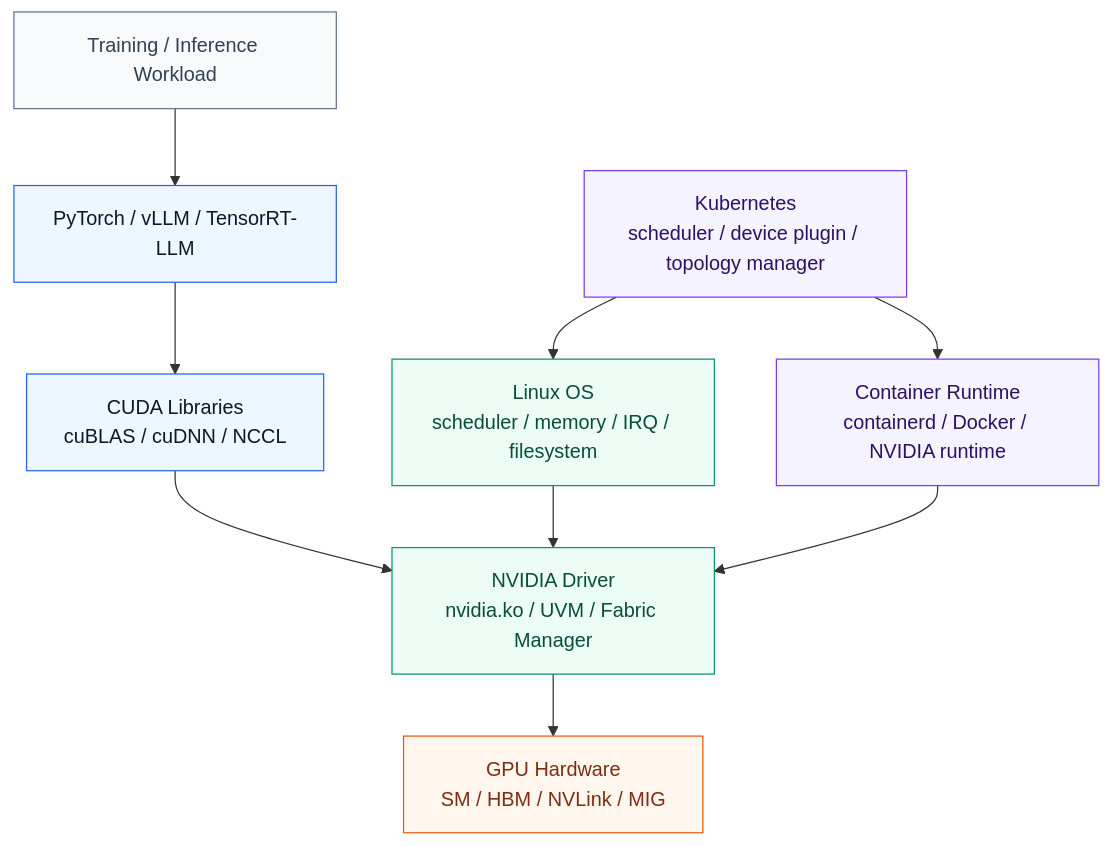
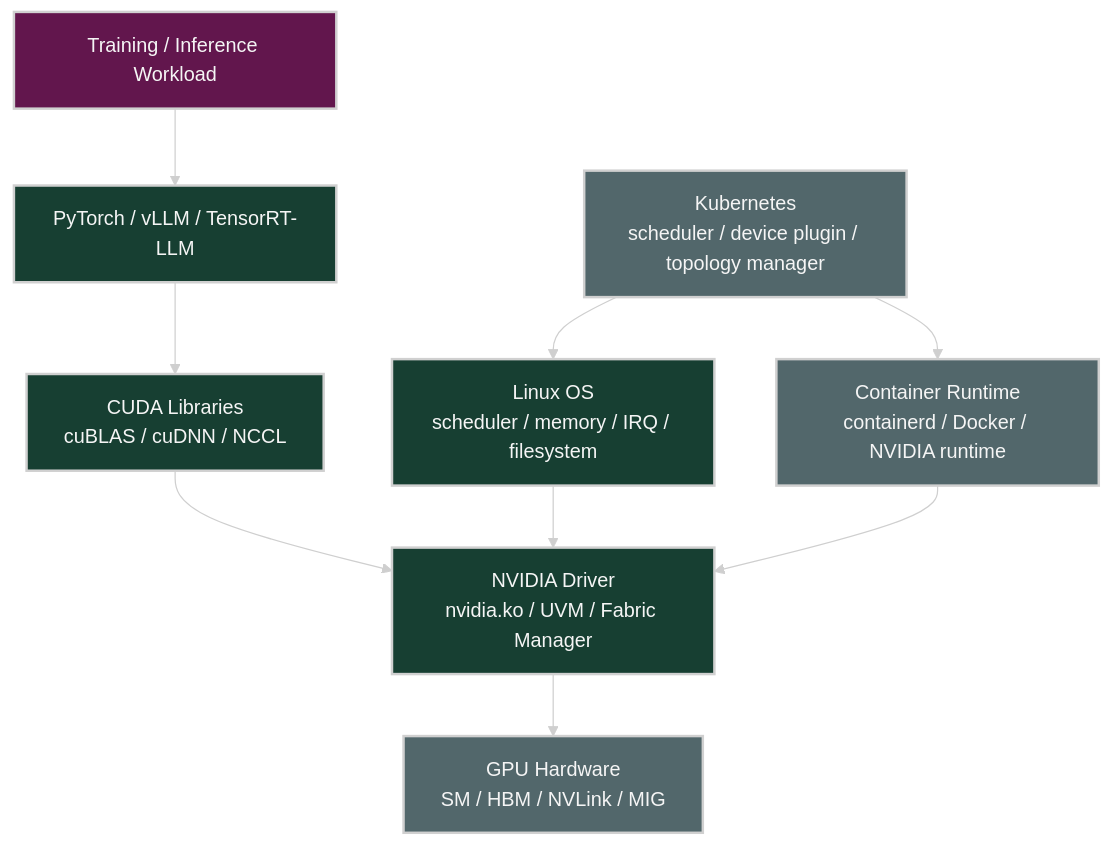
Before and after one commit to ziwon/ai-data-center-network: the first of 11 diagrams in ai-system-performance-engineering/chap03/README.md, drawn with Mermaid. The commit also changed other lines of this file and 35 other files, not shown here.

Commit message:
docs(mermaid): apply dark diagram style

````diff
--- a/ai-system-performance-engineering/chap03/README.md
+++ b/ai-system-performance-engineering/chap03/README.md
@@ -79,26 +79,27 @@
 ```mermaid
+%%{init: {"theme": "base", "themeVariables": {"background": "#171717", "primaryColor": "#232323", "primaryTextColor": "#f5f5f5", "primaryBorderColor": "#d0d0d0", "lineColor": "#cfcfcf", "fontFamily": "Inter, Arial, sans-serif"}}}%%
 flowchart TB
-    classDef workload fill:#f8fafc,stroke:#64748b,color:#334155
-    classDef runtime fill:#eef6ff,stroke:#2563eb,color:#0f172a
-    classDef os fill:#ecfdf5,stroke:#059669,color:#064e3b
-    classDef gpu fill:#fff7ed,stroke:#ea580c,color:#7c2d12
-    classDef k8s fill:#f5f3ff,stroke:#7c3aed,color:#2e1065
+    classDef workload fill:#62164d,stroke:#d0d0d0,color:#f5f5f5,stroke-width:2px;
+    classDef runtime fill:#173f32,stroke:#d0d0d0,color:#f5f5f5,stroke-width:2px;
+    classDef os fill:#173f32,stroke:#d0d0d0,color:#f5f5f5,stroke-width:2px;
+    classDef gpu fill:#52676b,stroke:#d0d0d0,color:#f5f5f5,stroke-width:2px;
+    classDef k8s fill:#52676b,stroke:#d0d0d0,color:#f5f5f5,stroke-width:2px;
 
     A[Training / Inference Workload]:::workload
     B[PyTorch / vLLM / TensorRT-LLM]:::runtime
     C[CUDA Libraries<br/>cuBLAS / cuDNN / NCCL]:::runtime
     D[NVIDIA Driver<br/>nvidia.ko / UVM / Fabric Manager]:::os
     E[Linux OS<br/>scheduler / memory / IRQ / filesystem]:::os
     F[Container Runtime<br/>containerd / Docker / NVIDIA runtime]:::k8s
     G[Kubernetes<br/>scheduler / device plugin / topology manager]:::k8s
     H[GPU Hardware<br/>SM / HBM / NVLink / MIG]:::gpu
 
     A --> B
     B --> C
     C --> D
     D --> H
     E --> D
     F --> D
     G --> F
     G --> E
 ```
````
